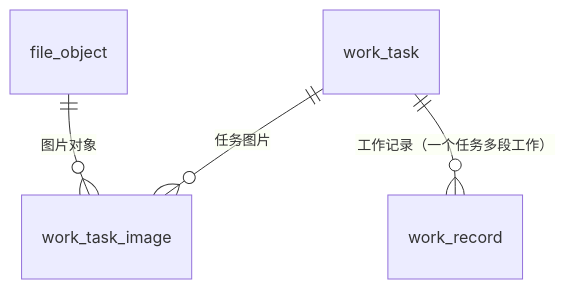
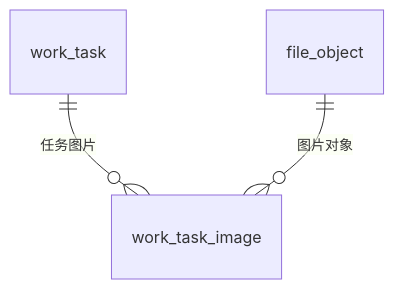
One commit to Sakana-1314/Electrical-Manager changed diagram 14 of 21 in docs/websites/pages/dev-data-model.md. Above: the diagram before and after it, drawn with Mermaid. The commit also changed other lines of this file and 55 other files, not shown here.

Commit message:
feat: 工作管理改为一行一个任务（标签 + 图片） (#512)

````diff
--- a/docs/websites/pages/dev-data-model.md
+++ b/docs/websites/pages/dev-data-model.md
@@ -345,6 +343,5 @@
 ```mermaid
 erDiagram
     work_task ||--o{ work_task_image : "任务图片"
-    work_task ||--o{ work_record : "工作记录（一个任务多段工作）"
     file_object ||--o{ work_task_image : "图片对象"
 ```
````
